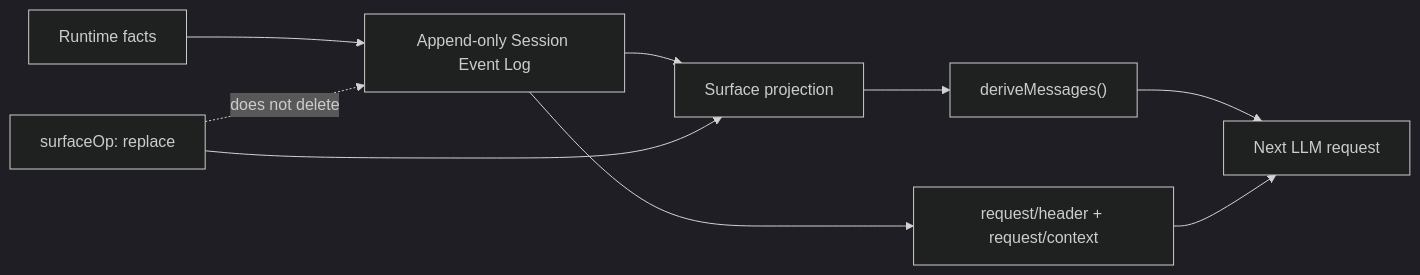
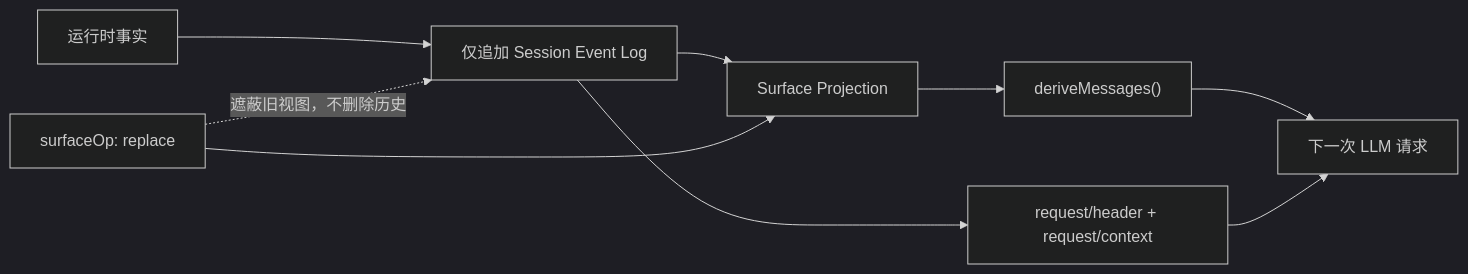
One commit to 0326/dsh-plugin-market changed the diagram in src/react-app/content/whitepaper/v0.1.5-rc.1/05-session-state.md. Above: the diagram before and after it, drawn with Mermaid (dark theme). The commit also changed other lines of this file, not shown here.

Commit message:
docs: deepen session state coverage and localize diagram

````diff
--- a/src/react-app/content/whitepaper/v0.1.5-rc.1/05-session-state.md
+++ b/src/react-app/content/whitepaper/v0.1.5-rc.1/05-session-state.md
@@ -22,11 +26,11 @@
 ```mermaid id=session-model
 flowchart LR
-  R["Runtime facts"] --> L["Append-only Session Event Log"]
-  L --> S["Surface projection"]
+  R["运行时事实"] --> L["仅追加 Session Event Log"]
+  L --> S["Surface Projection"]
   S --> M["deriveMessages()"]
-  M --> Q["Next LLM request"]
+  M --> Q["下一次 LLM 请求"]
   L --> H["request/header + request/context"]
   H --> Q
   X["surfaceOp: replace"] --> S
-  X -. "does not delete" .-> L
+  X -. "遮蔽旧视图，不删除历史" .-> L
 ```
````
